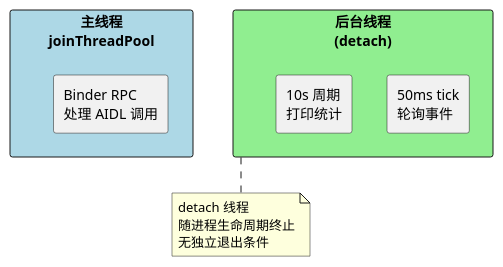
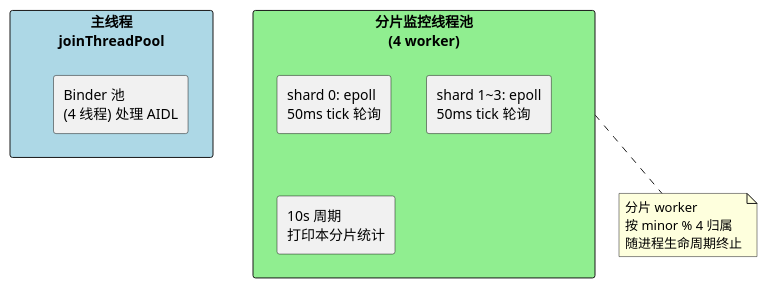
One commit to lechao365/AndroidSystemEnhance changed diagram 16 of 17 in docs/02-IO增强/02.03-Daemon增强-lciod-daemon.md. Above: the diagram before and after it, drawn with PlantUML. The commit also changed other lines of this file and 118 other files, not shown here.

````diff
--- a/docs/02-IO增强/02.03-Daemon增强-lciod-daemon.md
+++ b/docs/02-IO增强/02.03-Daemon增强-lciod-daemon.md
@@ -912,16 +925,17 @@
 ```plantuml
 @startuml
 rectangle "主线程\njoinThreadPool" as MAIN #LightBlue {
-    rectangle "Binder RPC\n处理 AIDL 调用" as RPC
+    rectangle "Binder 池\n(4 线程) 处理 AIDL" as RPC
 }
 
-rectangle "后台线程\n(detach)" as MON #LightGreen {
-    rectangle "50ms tick\n轮询事件" as TICK
-    rectangle "10s 周期\n打印统计" as STAT
+rectangle "分片监控线程池\n(4 worker)" as MON #LightGreen {
+    rectangle "shard 0: epoll\n50ms tick 轮询" as TICK0
+    rectangle "shard 1~3: epoll\n50ms tick 轮询" as TICK1
+    rectangle "10s 周期\n打印本分片统计" as STAT
 }
 
 MAIN -right[hidden]-> MON
 
-note bottom of MON: detach 线程\n随进程生命周期终止\n无独立退出条件
+note bottom of MON: 分片 worker\n按 minor % 4 归属\n随进程生命周期终止
 @enduml
 ```
````
